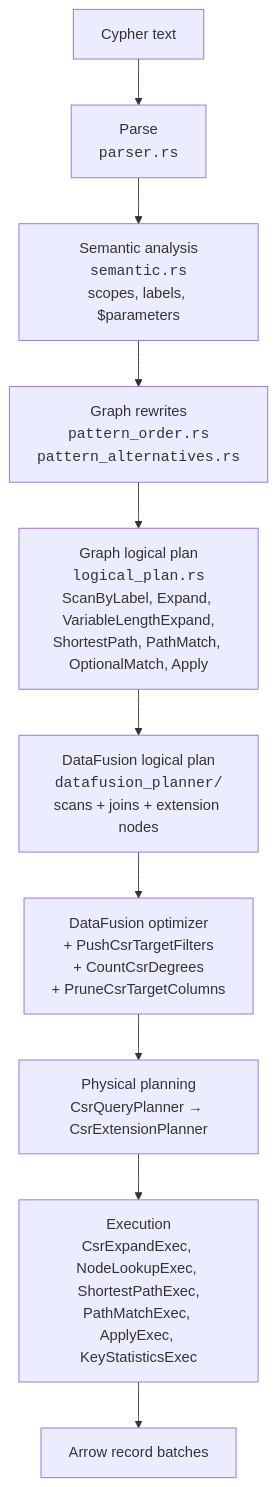
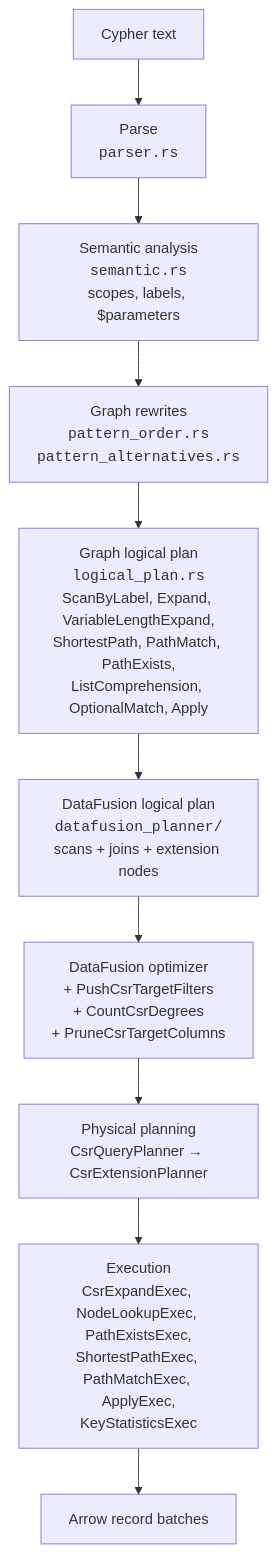
One commit to hyperdimensionalcomputingai/lance-csr changed the diagram in docs/internals/index.md. Above: the diagram before and after it, drawn with Mermaid. The commit also changed other lines of this file and 27 other files, not shown here.

````diff
--- a/docs/internals/index.md
+++ b/docs/internals/index.md
@@ -61,12 +61,12 @@
 ```mermaid
 flowchart TD
     T["Cypher text"] --> P["Parse<br/><code>parser.rs</code>"]
     P --> S["Semantic analysis<br/><code>semantic.rs</code><br/>scopes, labels, $parameters"]
     S --> R["Graph rewrites<br/><code>pattern_order.rs</code><br/><code>pattern_alternatives.rs</code>"]
-    R --> G["Graph logical plan<br/><code>logical_plan.rs</code><br/>ScanByLabel, Expand, VariableLengthExpand,<br/>ShortestPath, PathMatch, OptionalMatch, Apply"]
+    R --> G["Graph logical plan<br/><code>logical_plan.rs</code><br/>ScanByLabel, Expand, VariableLengthExpand,<br/>ShortestPath, PathMatch, PathExists,<br/>ListComprehension, OptionalMatch, Apply"]
     G --> D["DataFusion logical plan<br/><code>datafusion_planner/</code><br/>scans + joins + extension nodes"]
     D --> O["DataFusion optimizer<br/>+ PushCsrTargetFilters<br/>+ CountCsrDegrees<br/>+ PruneCsrTargetColumns"]
     O --> X["Physical planning<br/>CsrQueryPlanner → CsrExtensionPlanner"]
-    X --> E["Execution<br/>CsrExpandExec, NodeLookupExec, ShortestPathExec,<br/>PathMatchExec, ApplyExec, KeyStatisticsExec"]
+    X --> E["Execution<br/>CsrExpandExec, NodeLookupExec, PathExistsExec,<br/>ShortestPathExec, PathMatchExec, ApplyExec,<br/>KeyStatisticsExec"]
     E --> B["Arrow record batches"]
 ```
````
